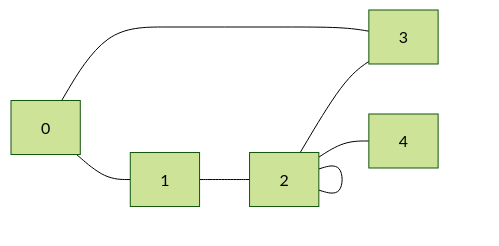
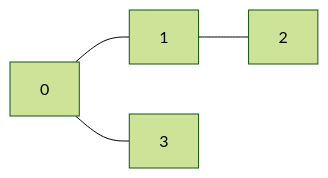
The third of 6 diagrams in src/content/docs/04-tp-graphes/01-introduction.mdx (erralb/ia), drawn with Mermaid (forest theme) before and after one commit. The commit also changed other lines of this file and 11 other files, not shown here.

````diff
--- a/src/content/docs/04-tp-graphes/01-introduction.mdx
+++ b/src/content/docs/04-tp-graphes/01-introduction.mdx
@@ -75,9 +70,6 @@
 ```mermaid
 flowchart LR
     0 --- 1
     0 --- 3
     1 --- 2
-    2 --- 2
-    2 --- 3
-    2 --- 4
 ```
````
